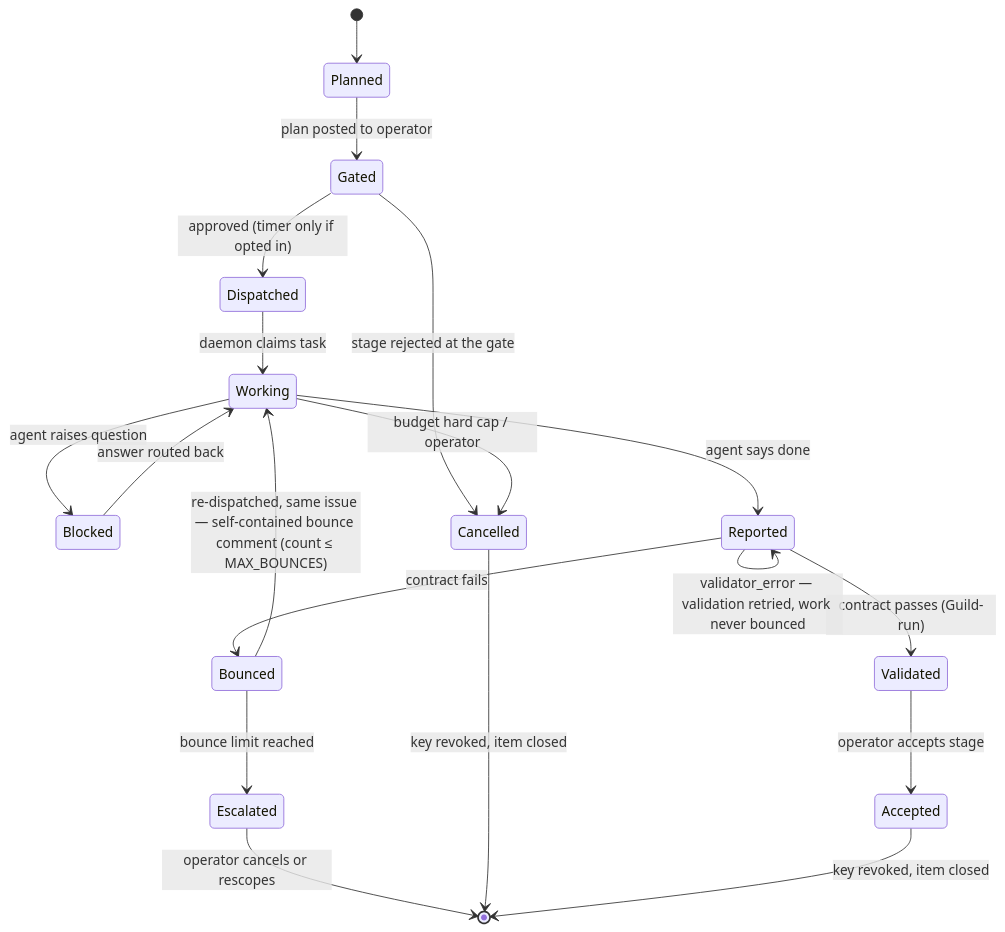
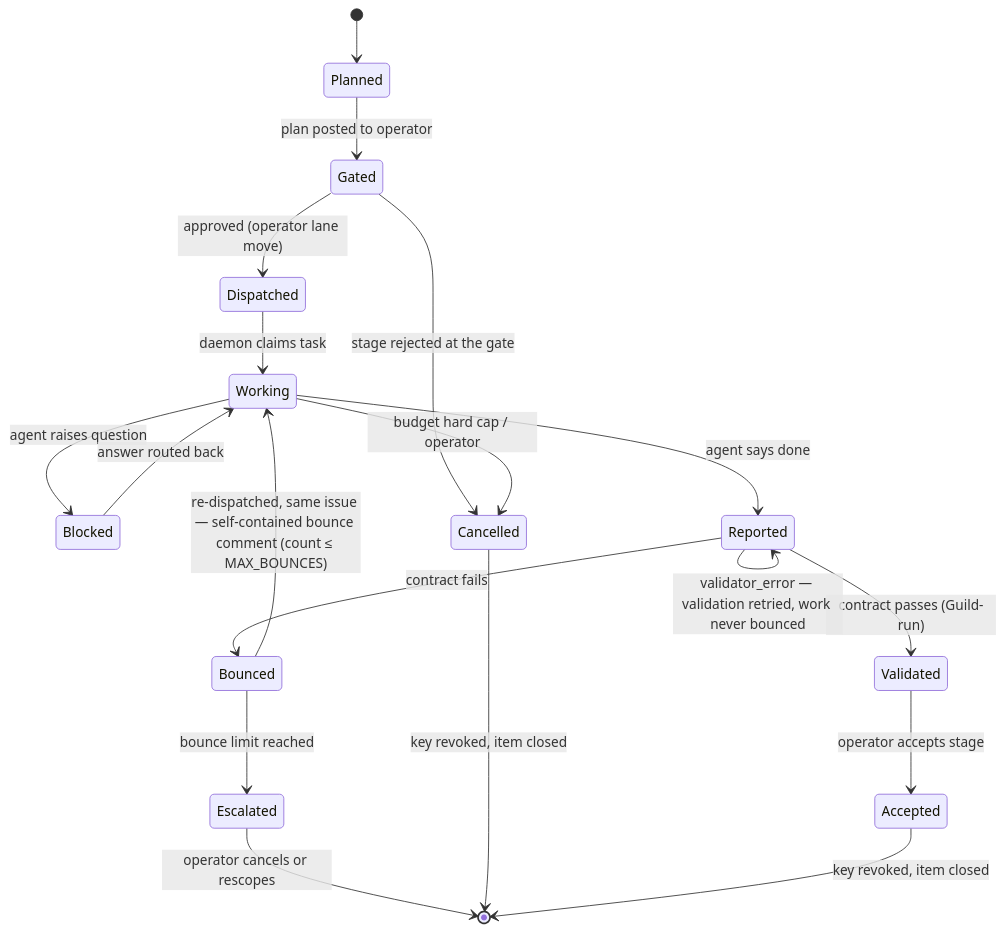
The third of 8 diagrams in docs/OVERVIEW.md (maacarbo/guild), drawn with Mermaid before and after one commit. The commit also changed other lines of this file and 6 other files, not shown here.

````diff
--- a/docs/OVERVIEW.md
+++ b/docs/OVERVIEW.md
@@ -98,21 +98,21 @@
 ```mermaid
 stateDiagram-v2
     [*] --> Planned
     Planned --> Gated: plan posted to operator
-    Gated --> Dispatched: approved (timer only if opted in)
+    Gated --> Dispatched: approved (operator lane move)
     Dispatched --> Working: daemon claims task
     Working --> Blocked: agent raises question
     Blocked --> Working: answer routed back
     Working --> Reported: agent says done
     Reported --> Validated: contract passes (Guild-run)
     Reported --> Reported: validator_error — validation retried, work never bounced
     Reported --> Bounced: contract fails
     Bounced --> Working: re-dispatched, same issue — self-contained bounce comment (count ≤ MAX_BOUNCES)
     Bounced --> Escalated: bounce limit reached
     Escalated --> [*]: operator cancels or rescopes
     Gated --> Cancelled: stage rejected at the gate
     Working --> Cancelled: budget hard cap / operator
     Cancelled --> [*]: key revoked, item closed
     Validated --> Accepted: operator accepts stage
     Accepted --> [*]: key revoked, item closed
 ```
````
